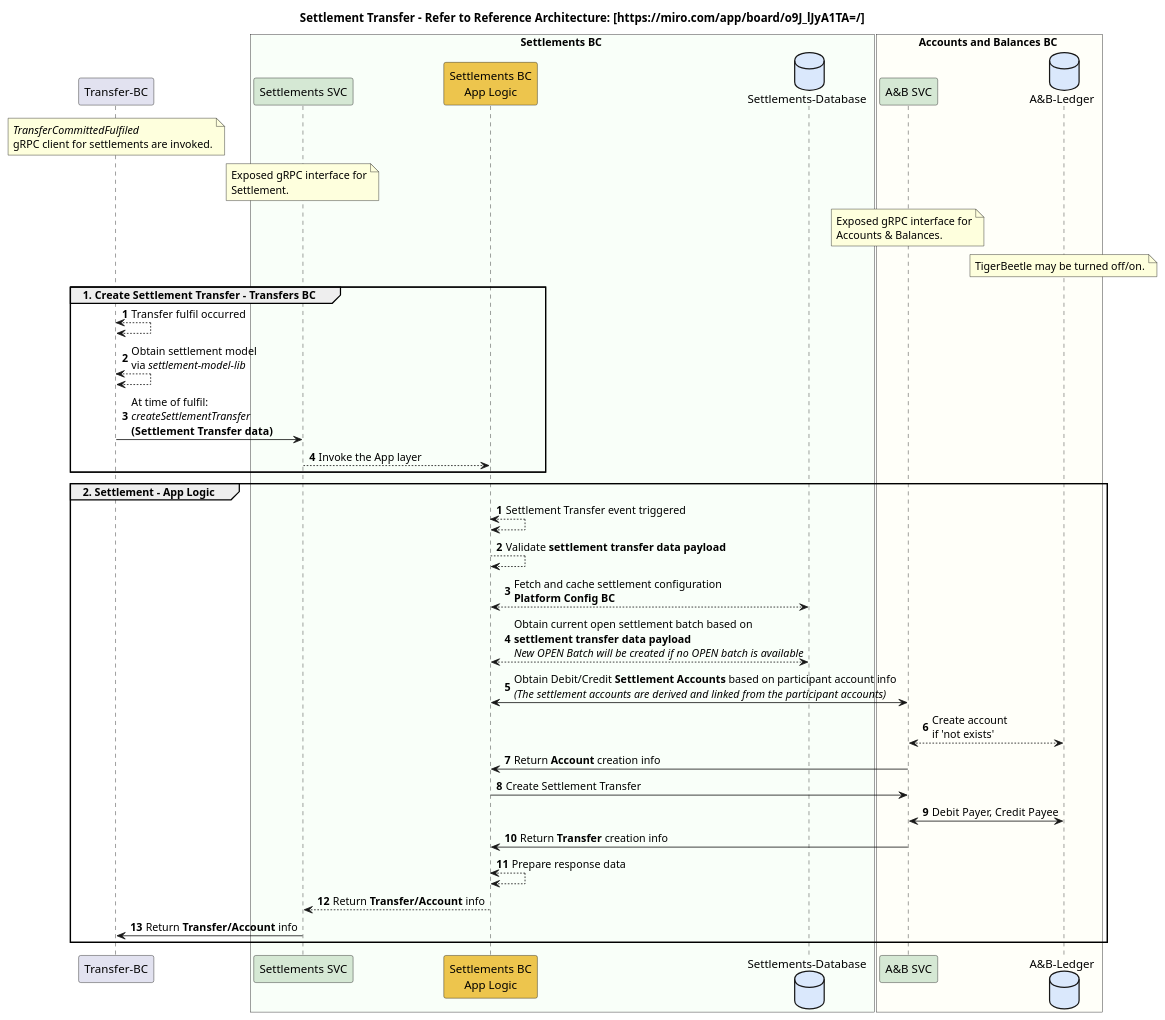
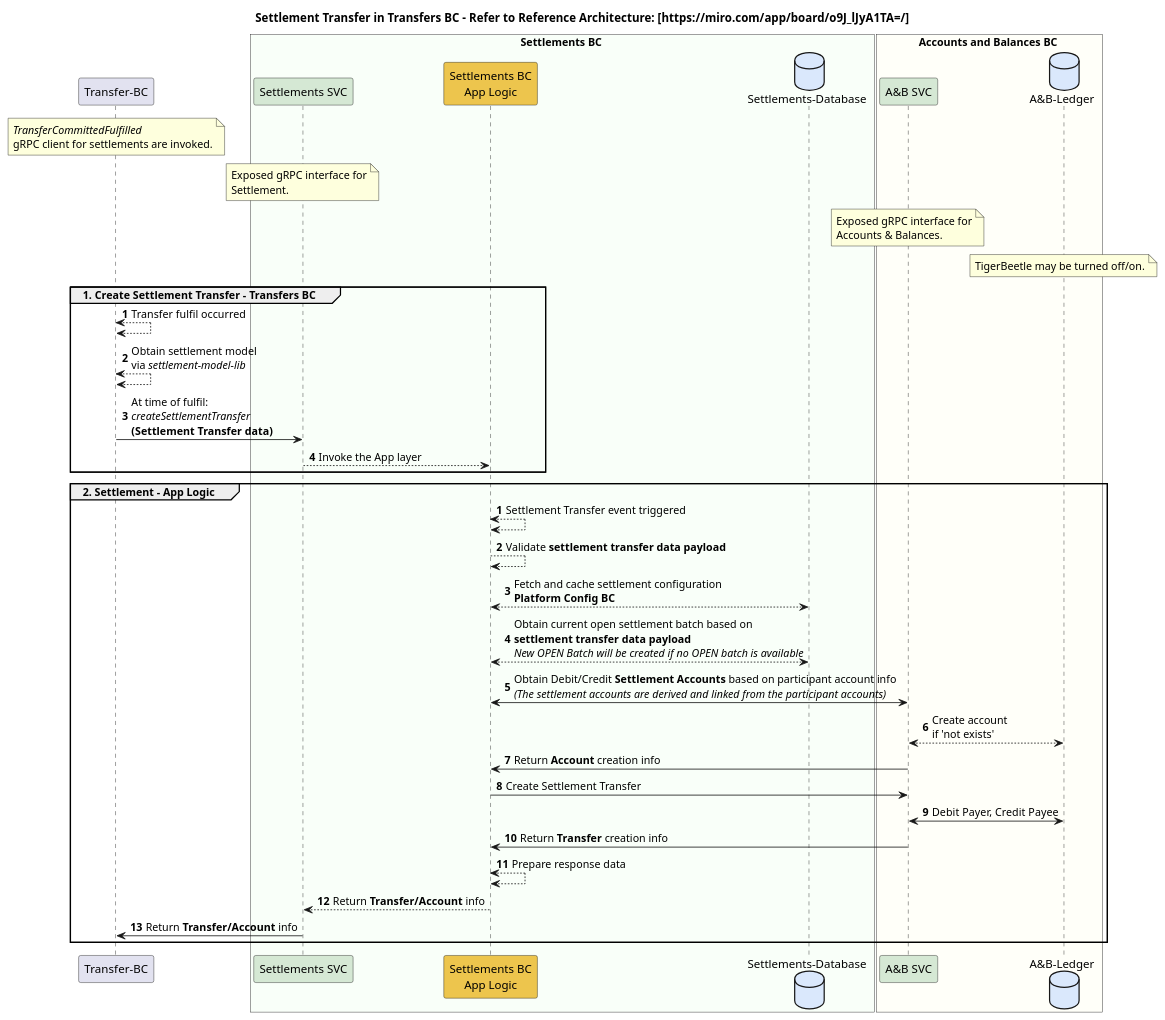
Before and after one commit to mojaloop/settlements-bc: the diagram in docs/flows/01-settlement-transfer-bc.puml, drawn with PlantUML. The commit also changed 8 other files, not shown here.

Commit message:
Updated flow documenetation.

```diff
--- a/docs/flows/01-settlement-transfer-bc.puml
+++ b/docs/flows/01-settlement-transfer-bc.puml
@@ -1,58 +1,58 @@
 @startuml
 
-title Settlement Transfer - Refer to Reference Architecture: [https://miro.com/app/board/o9J_lJyA1TA=/]
+title Settlement Transfer in Transfers BC - Refer to Reference Architecture: [https://miro.com/app/board/o9J_lJyA1TA=/]
 
 participant "Transfer-BC" as ext_transfers_bc
 note over ext_transfers_bc
-    //TransferCommittedFulfiled//
+    //TransferCommittedFulfilled//
     gRPC client for settlements are invoked.
 end note
 
 box Settlements BC #F9FFF9
 	participant "Settlements SVC" as sbc_grpc #D5E8D4
     note over sbc_grpc
         Exposed gRPC interface for
         Settlement.
     end note
 	participant "Settlements BC\nApp Logic" as sbc_app_logic #EDC54D
 	database "Settlements-Database" as sbc_db #DAE8FC
 end box
 
 box Accounts and Balances BC #FFFFF9
     participant "A&B SVC" as abbc_grpc #D5E8D4
     database "A&B-Ledger" as abbc_tigerbeetle #DAE8FC
     note over abbc_grpc
         Exposed gRPC interface for
         Accounts & Balances.
     end note
     note over abbc_tigerbeetle
         TigerBeetle may be turned off/on.
     end note
 end box
 
 group 1. Create Settlement Transfer - Transfers BC
 autonumber
     ext_transfers_bc <--> ext_transfers_bc : Transfer fulfil occurred
     ext_transfers_bc <--> ext_transfers_bc : Obtain settlement model\nvia //settlement-model-lib//
     ext_transfers_bc -> sbc_grpc : At time of fulfil:\n//createSettlementTransfer// \n**(Settlement Transfer data)**
     sbc_grpc --> sbc_app_logic : Invoke the App layer
 end
 
 group 2. Settlement - App Logic
 autonumber
     sbc_app_logic <--> sbc_app_logic: Settlement Transfer event triggered
     sbc_app_logic --> sbc_app_logic : Validate **settlement transfer data payload**
     sbc_app_logic <--> sbc_db : Fetch and cache settlement configuration\n**Platform Config BC**
     sbc_app_logic <--> sbc_db : Obtain current open settlement batch based on \n**settlement transfer data payload**\n//New OPEN Batch will be created if no OPEN batch is available//
     sbc_app_logic <-> abbc_grpc : Obtain Debit/Credit **Settlement Accounts** based on participant account info\n//(The settlement accounts are derived and linked from the participant accounts)//
     abbc_grpc <--> abbc_tigerbeetle : Create account \nif 'not exists'
     abbc_grpc -> sbc_app_logic : Return **Account** creation info
     sbc_app_logic -> abbc_grpc: Create Settlement Transfer
     abbc_grpc <-> abbc_tigerbeetle: Debit Payer, Credit Payee
     abbc_grpc -> sbc_app_logic : Return **Transfer** creation info
     sbc_app_logic <--> sbc_app_logic: Prepare response data
     sbc_app_logic --> sbc_grpc: Return **Transfer/Account** info
     sbc_grpc -> ext_transfers_bc: Return **Transfer/Account** info
 end
 
 @enduml
```
